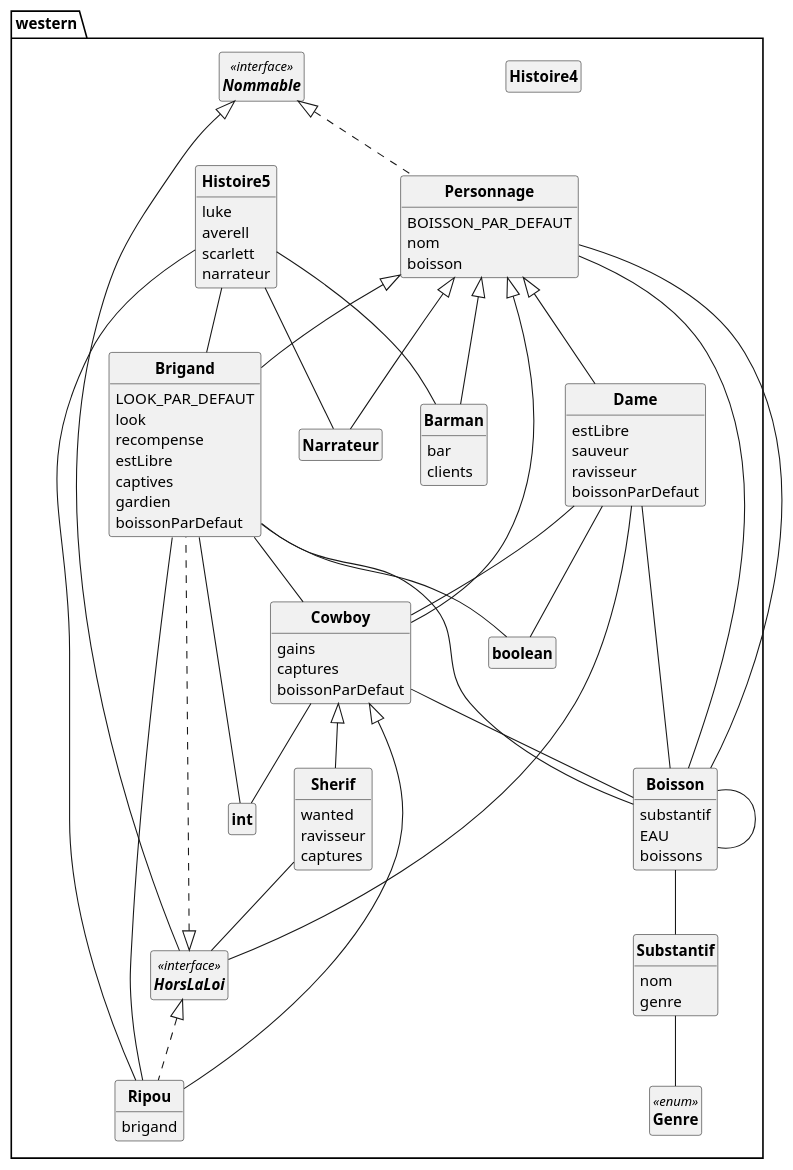
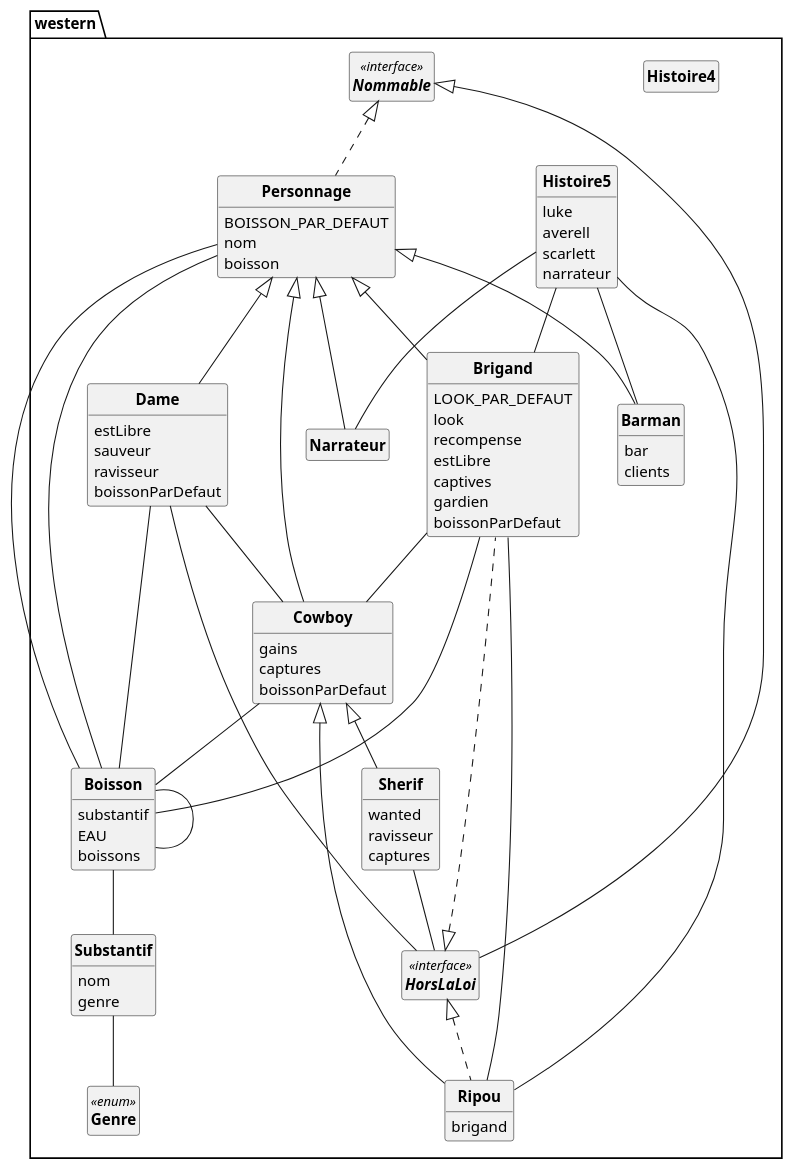
The diagram in out/production/p21_projet/pumlCode.puml (D3B1RUM4N/PumlFromJava), drawn with PlantUML before and after one commit. The commit also changed 6 other files, not shown here.

```diff
--- a/out/production/p21_projet/pumlCode.puml
+++ b/out/production/p21_projet/pumlCode.puml
@@ -1,126 +1,122 @@
 @startuml
 
 'UML GENERE PAR CODE :)
 
 skinparam style strictuml
 skinparam classAttributeIconSize 0
 skinparam classFontStyle Bold
 hide empty members
 
 PACKAGE western{
 	CLASS Barman  extends Personnage {
 		bar
 		clients
 	}
 
 
 	CLASS Boisson  {
 		substantif
 		EAU
 		boissons
 	}
 Boisson -- Substantif
 Boisson -- Boisson
 
 
 	CLASS Brigand  extends Personnage implements HorsLaLoi {
 		LOOK_PAR_DEFAUT
 		look
 		recompense
 		estLibre
 		captives
 		gardien
 		boissonParDefaut
 	}
-Brigand -- int
-Brigand -- boolean
 Brigand -- Cowboy
 Brigand -- Boisson
 
 
 	CLASS Cowboy  extends Personnage {
 		gains
 		captures
 		boissonParDefaut
 	}
-Cowboy -- int
 Cowboy -- Boisson
 
 
 	CLASS Dame  extends Personnage {
 		estLibre
 		sauveur
 		ravisseur
 		boissonParDefaut
 	}
-Dame -- boolean
 Dame -- Cowboy
 Dame -- HorsLaLoi
 Dame -- Boisson
 
 
 	ENUM Genre<<enum>>{
 
 	}
 
 	CLASS Histoire4  {
 	}
 
 
 	CLASS Histoire5  {
 		luke
 		averell
 		scarlett
 		narrateur
 	}
 Histoire5 -- Barman
 Histoire5 -- Brigand
 Histoire5 -- Ripou
 Histoire5 -- Narrateur
 
 
 	INTERFACE HorsLaLoi <<interface>>  implements Nommable{
 
 	}
 
 	CLASS Narrateur  extends Personnage {
 	}
 
 
 	INTERFACE Nommable <<interface>> {
 
 	}
 
 	CLASS Personnage  implements Nommable {
 		BOISSON_PAR_DEFAUT
 		nom
 		boisson
 	}
 Personnage -- Boisson
 Personnage -- Boisson
 
 
 	CLASS Ripou  extends Cowboy implements HorsLaLoi {
 		brigand
 	}
 Ripou -- Brigand
 
 
 	CLASS Sherif  extends Cowboy {
 		wanted
 		ravisseur
 		captures
 	}
 Sherif -- HorsLaLoi
 
 
 	CLASS Substantif  {
 		nom
 		genre
 	}
 Substantif -- Genre
 
 
 
 }
 @enduml
```
